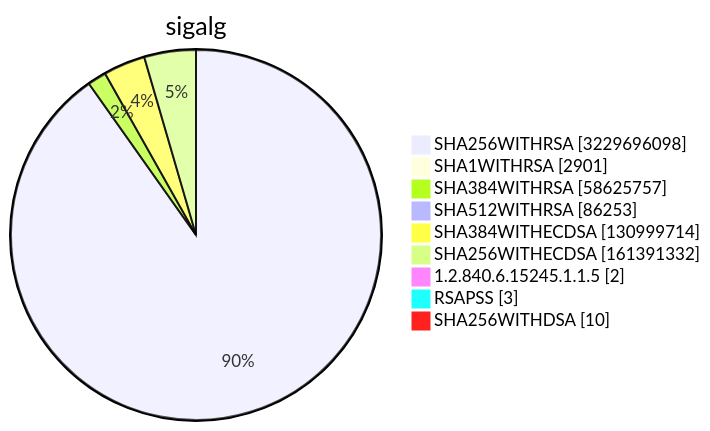
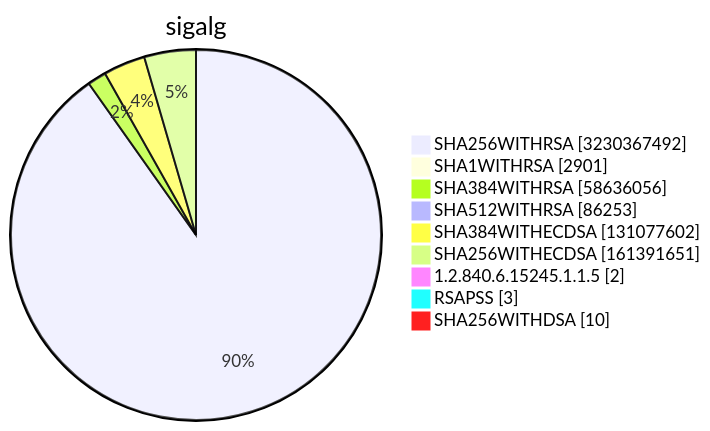
Before and after one commit to christiankrug/ctmonitor_visualization: diagram 15 of 15 in TOTAL/README.md, drawn with Mermaid. The commit also changed other lines of this file, not shown here.

````diff
--- a/TOTAL/README.md
+++ b/TOTAL/README.md
@@ -6217,13 +6217,13 @@
 ```mermaid
 pie showData
 title sigalg
-"SHA256WITHRSA" :3229696098
+"SHA256WITHRSA" :3230367492
 "SHA1WITHRSA" :2901
-"SHA384WITHRSA" :58625757
+"SHA384WITHRSA" :58636056
 "SHA512WITHRSA" :86253
-"SHA384WITHECDSA" :130999714
-"SHA256WITHECDSA" :161391332
+"SHA384WITHECDSA" :131077602
+"SHA256WITHECDSA" :161391651
 "1.2.840.6.15245.1.1.5" :2
 "RSAPSS" :3
 "SHA256WITHDSA" :10
 ```
````
